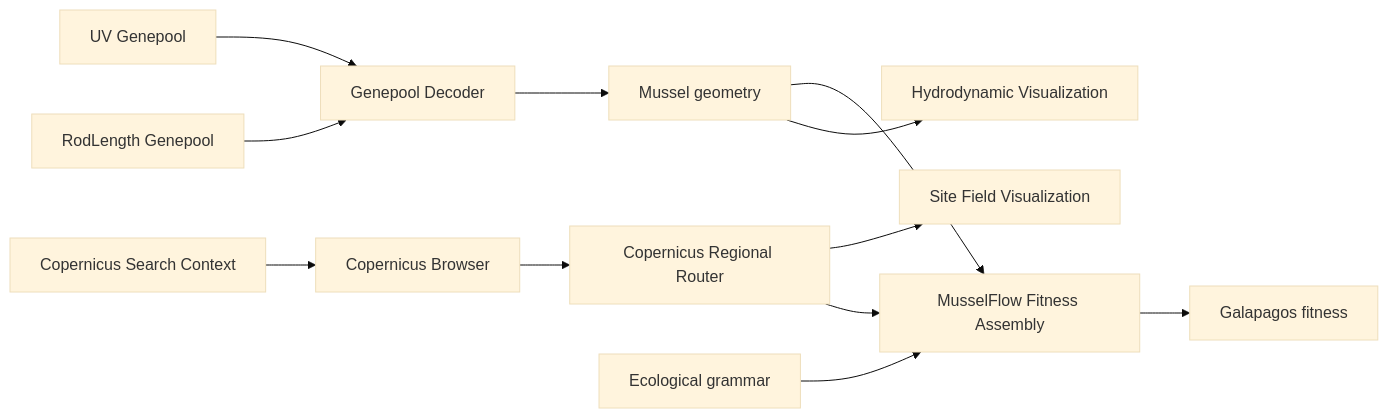
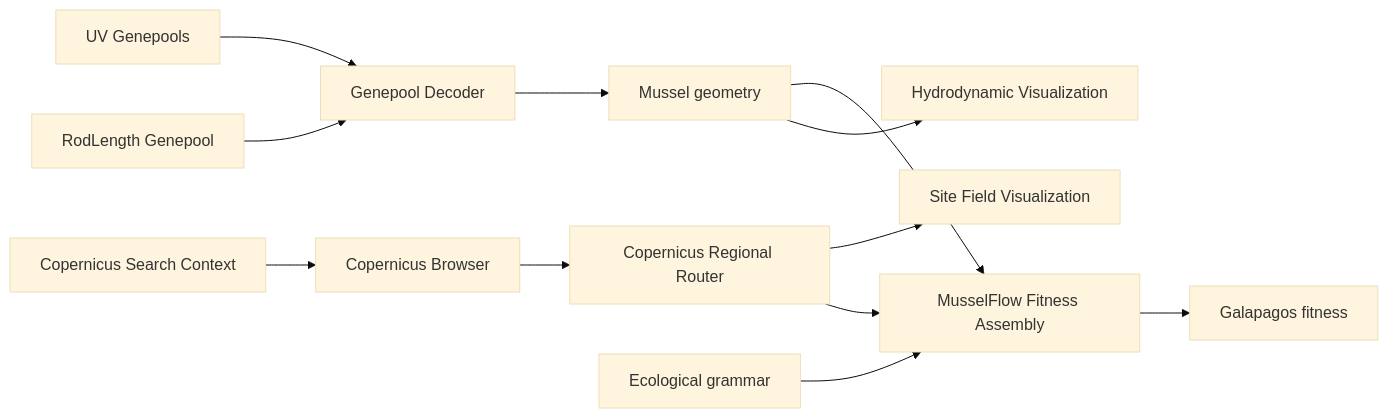
One commit to leluxIceIce/oyster-mussel-farm-plugin changed the diagram in README.md. Above: the diagram before and after it, drawn with Mermaid (base theme).

Commit message:
Update UV Genepool terminology in README

````diff
--- a/README.md
+++ b/README.md
@@ -7,17 +7,17 @@
 ```mermaid
 flowchart LR
-  UV["UV Genepool"] --> D["Genepool Decoder"]
+  UV["UV Genepools"] --> D["Genepool Decoder"]
   RL["RodLength Genepool"] --> D
   D --> G["Mussel geometry"]
 
   G --> O["MusselFlow Fitness Assembly"]
   G --> V["Hydrodynamic Visualization"]
 
   C["Copernicus Search Context"] --> B["Copernicus Browser"]
   B --> S["Copernicus Regional Router"]
   S --> F["Site Field Visualization"]
   S --> O
 
   E["Ecological grammar"] --> O
   O --> GA["Galapagos fitness"]
 ```
````
